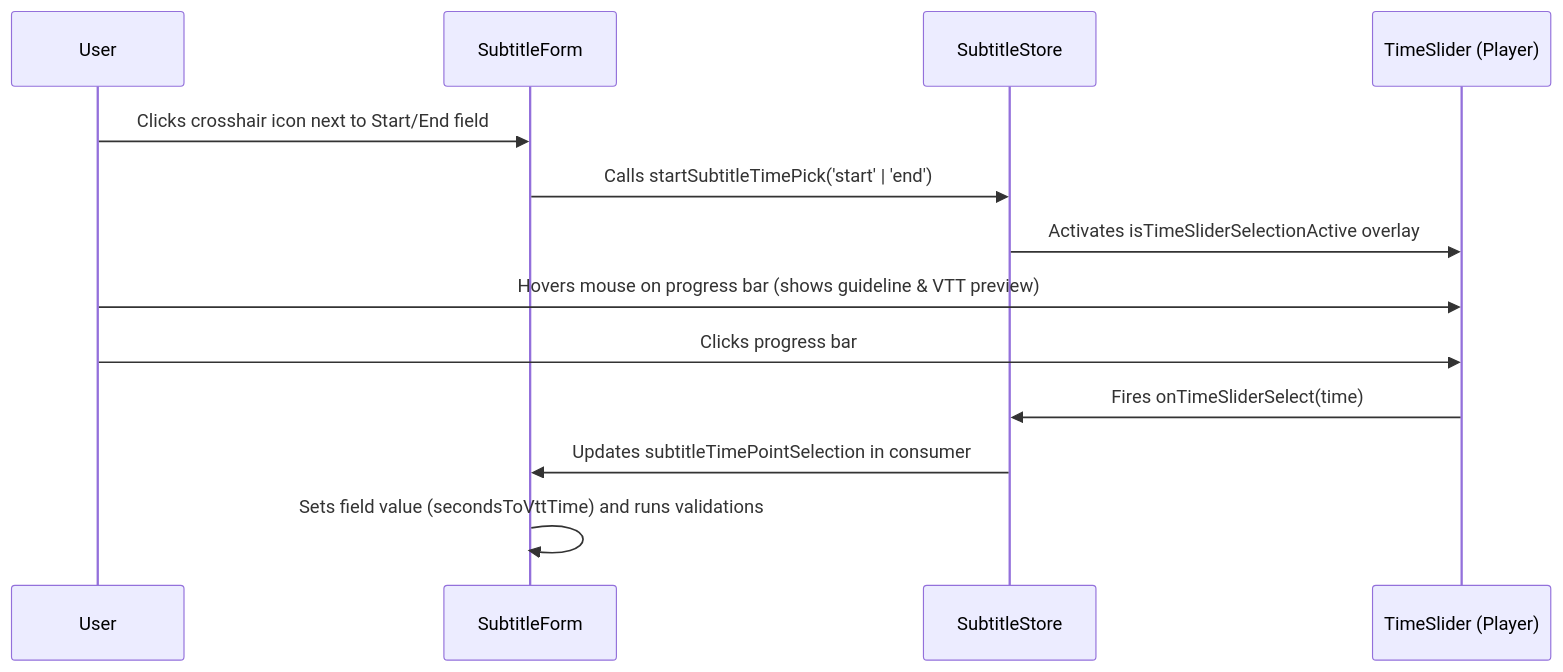
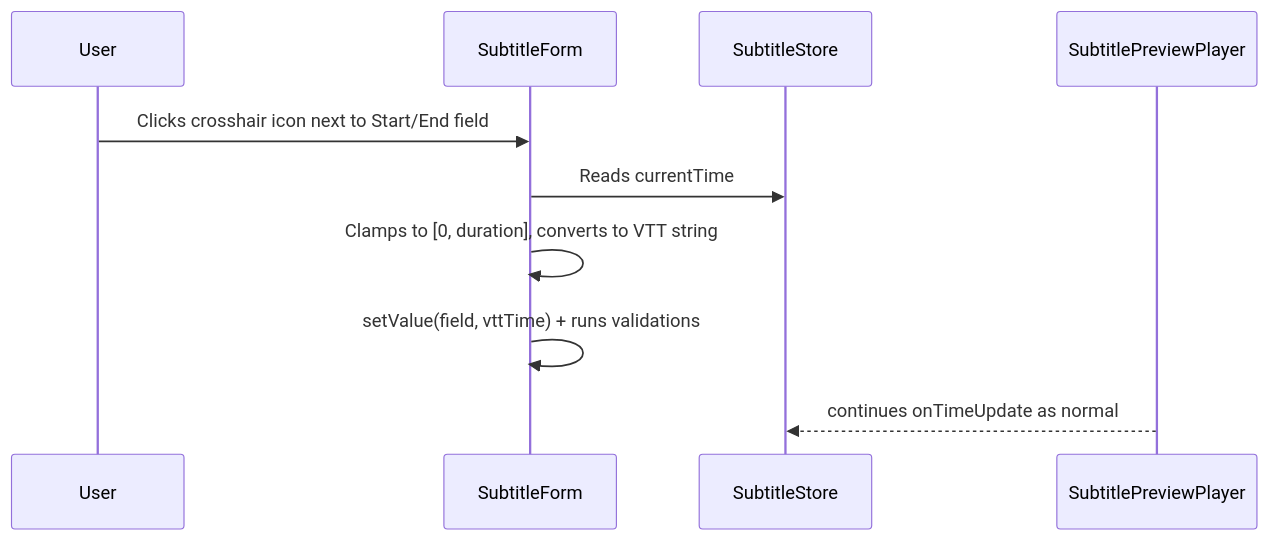
The second of 2 diagrams in docs/subtitle-editor-flow.md (LeTanTru/MovieHub-CMS), drawn with Mermaid before and after one commit. The commit also changed other lines of this file and 36 other files, not shown here.

````diff
--- a/docs/subtitle-editor-flow.md
+++ b/docs/subtitle-editor-flow.md
@@ -91,16 +151,13 @@
 ```mermaid
 sequenceDiagram
     participant User
     participant Form as SubtitleForm
     participant Store as SubtitleStore
-    participant Slider as TimeSlider (Player)
+    participant Player as SubtitlePreviewPlayer
 
     User->>Form: Clicks crosshair icon next to Start/End field
-    Form->>Store: Calls startSubtitleTimePick('start' | 'end')
-    Store->>Slider: Activates isTimeSliderSelectionActive overlay
-    User->>Slider: Hovers mouse on progress bar (shows guideline & VTT preview)
-    User->>Slider: Clicks progress bar
-    Slider->>Store: Fires onTimeSliderSelect(time)
-    Store->>Form: Updates subtitleTimePointSelection in consumer
-    Form->>Form: Sets field value (secondsToVttTime) and runs validations
+    Form->>Store: Reads currentTime
+    Form->>Form: Clamps to [0, duration], converts to VTT string
+    Form->>Form: setValue(field, vttTime) + runs validations
+    Player-->>Store: continues onTimeUpdate as normal
 ```
````
